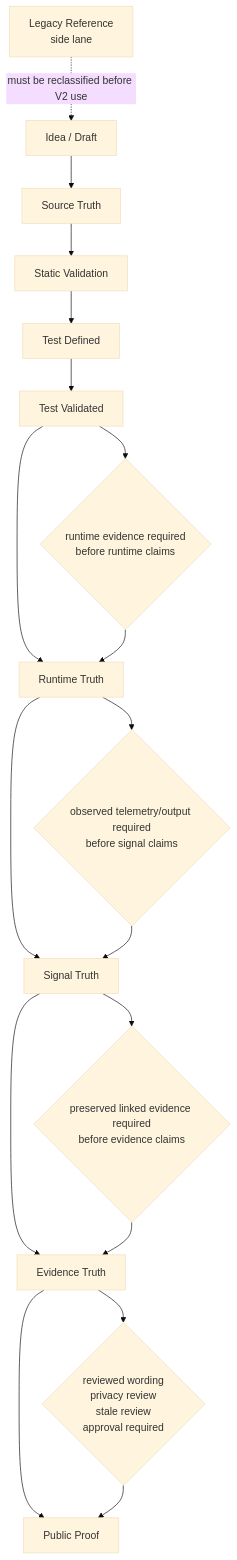
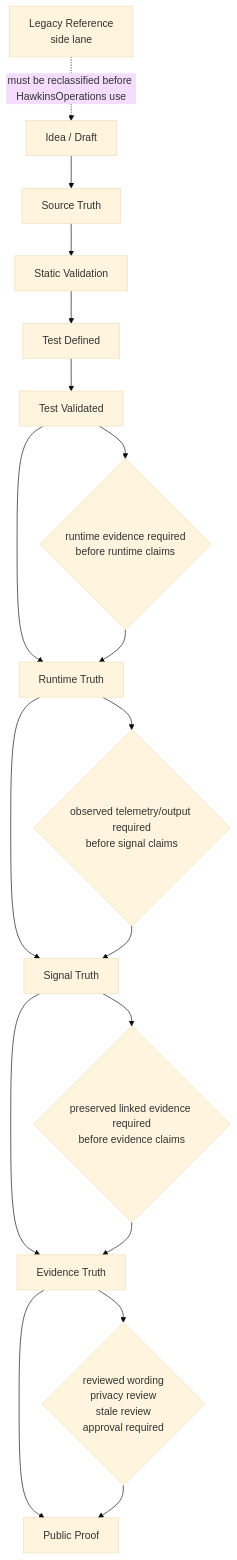
One commit to HawkinsOperations/.github changed the second of 6 diagrams in wiki/11_ORG_SYSTEM_MAP.md. Above: the diagram before and after it, drawn with Mermaid (base theme). The commit also changed other lines of this file and 2 other files, not shown here.

Commit message:
docs(profile): clean public HawkinsOperations wording

````diff
--- a/wiki/11_ORG_SYSTEM_MAP.md
+++ b/wiki/11_ORG_SYSTEM_MAP.md
@@ -53,32 +53,32 @@
 ```mermaid
 flowchart TD
     idea["Idea / Draft"]
     source["Source Truth"]
     static["Static Validation"]
     testDefined["Test Defined"]
     testValidated["Test Validated"]
     runtime["Runtime Truth"]
     signal["Signal Truth"]
     evidence["Evidence Truth"]
     publicProof["Public Proof"]
     legacy["Legacy Reference<br/>side lane"]
 
     idea --> source
     source --> static
     static --> testDefined
     testDefined --> testValidated
     testValidated --> runtime
     runtime --> signal
     signal --> evidence
     evidence --> publicProof
 
-    legacy -. "must be reclassified before V2 use" .-> idea
+    legacy -. "must be reclassified before HawkinsOperations use" .-> idea
     testValidated --> runtimeGate{"runtime evidence required<br/>before runtime claims"}
     runtimeGate --> runtime
     runtime --> signalGate{"observed telemetry/output required<br/>before signal claims"}
     signalGate --> signal
     signal --> evidenceGate{"preserved linked evidence required<br/>before evidence claims"}
     evidenceGate --> evidence
     evidence --> publicGate{"reviewed wording<br/>privacy review<br/>stale review<br/>approval required"}
     publicGate --> publicProof
 ```
````
